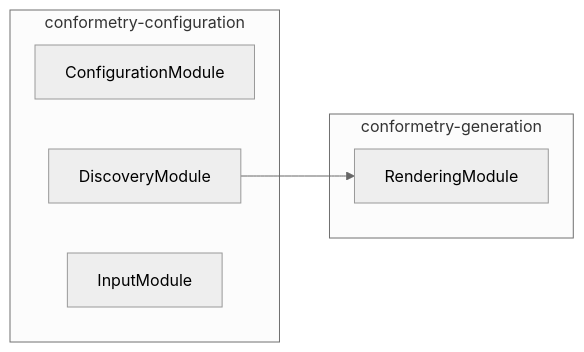
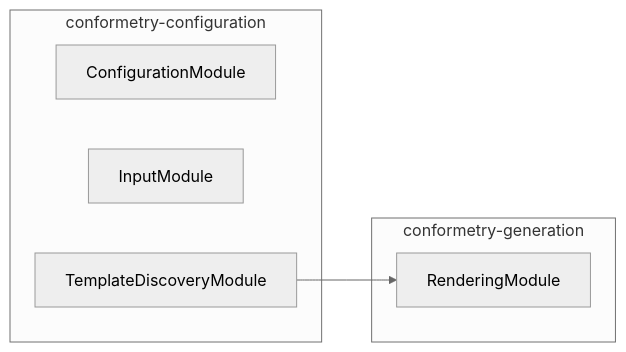
The diagram in packages/conformetry-configuration/AGENTS.md (JimmyPaolini/codebase), drawn with Mermaid (neutral theme) before and after one commit. The commit also changed other lines of this file and 59 other files, not shown here.

Commit message:
fix(conformetry): 🐛 disambiguate module names so both graphs agree

````diff
--- a/packages/conformetry-configuration/AGENTS.md
+++ b/packages/conformetry-configuration/AGENTS.md
@@ -57,12 +57,12 @@
 ```mermaid
 flowchart LR
   subgraph group0["conformetry-configuration"]
     ConfigurationModule
-    DiscoveryModule
     InputModule
+    TemplateDiscoveryModule
   end
   subgraph group1["conformetry-generation"]
     RenderingModule
   end
-  DiscoveryModule --> RenderingModule
+  TemplateDiscoveryModule --> RenderingModule
 ```
````
